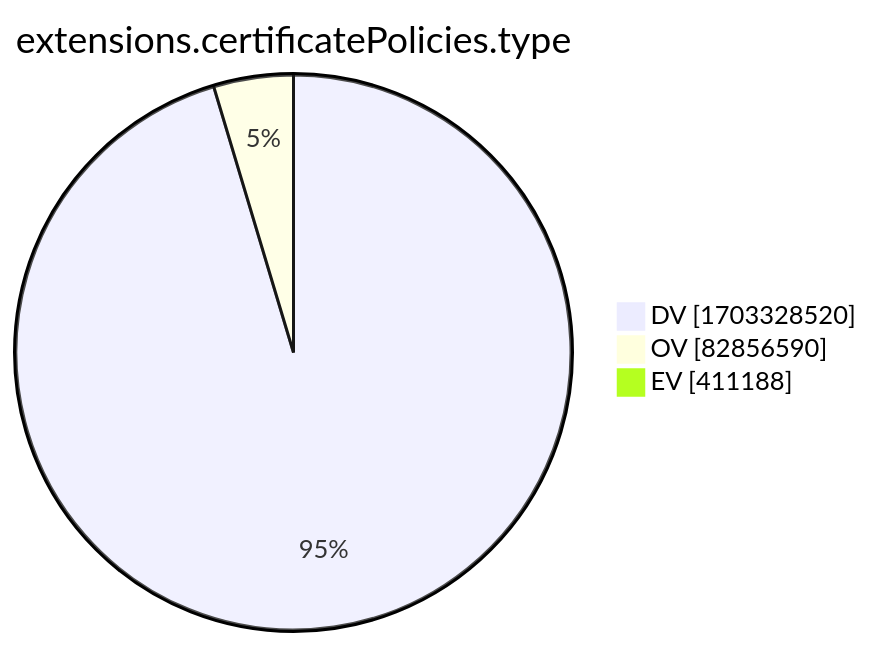
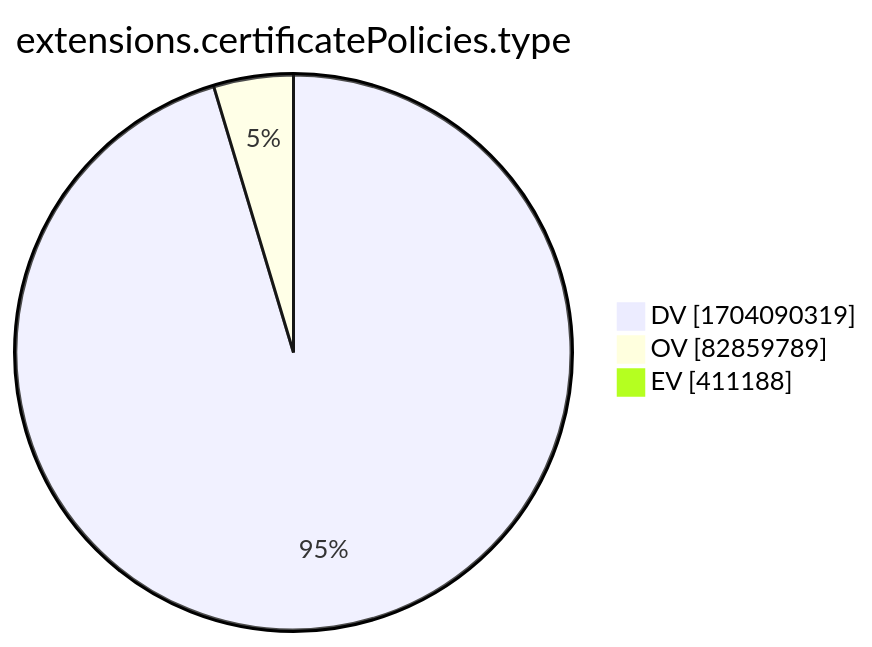
The tenth of 15 diagrams in xenon2022/README.md (christiankrug/ctmonitor_visualization), drawn with Mermaid before and after one commit. The commit also changed other lines of this file, not shown here.

````diff
--- a/xenon2022/README.md
+++ b/xenon2022/README.md
@@ -2881,7 +2881,7 @@
 ```mermaid
 pie showData
 title extensions.certificatePolicies.type
-"DV" :1703328520
-"OV" :82856590
+"DV" :1704090319
+"OV" :82859789
 "EV" :411188
 ```
````
